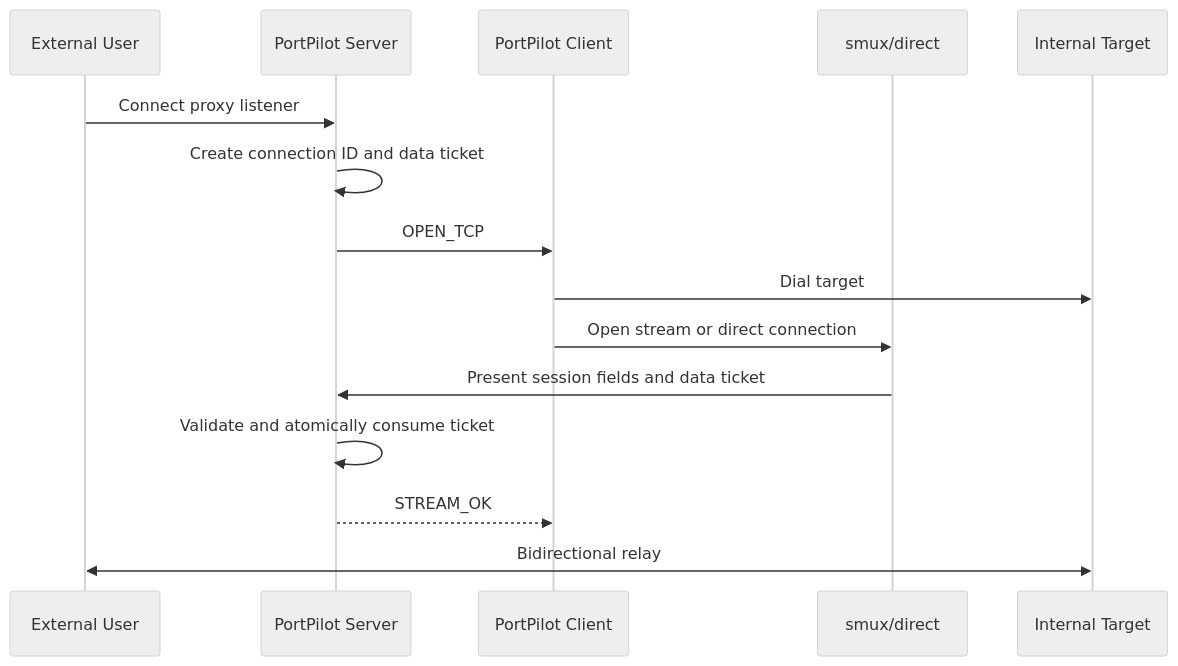
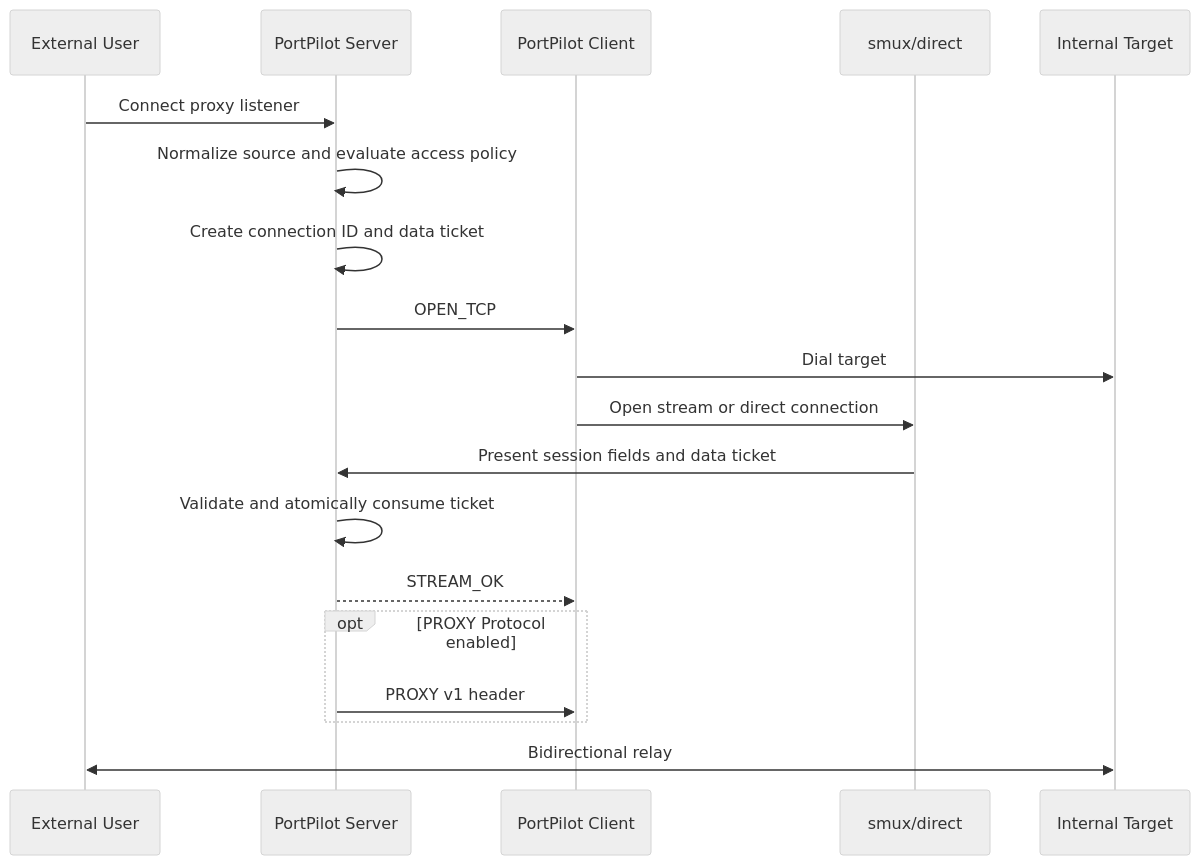
One commit to xxxsen/portpilot changed the second of 2 diagrams in docs/001-portpilot-design.md. Above: the diagram before and after it, drawn with Mermaid (neutral theme). The commit also changed other lines of this file and 73 other files, not shown here.

````diff
--- a/docs/001-portpilot-design.md
+++ b/docs/001-portpilot-design.md
@@ -393,18 +411,22 @@
 ```mermaid
 sequenceDiagram
     participant U as External User
     participant S as PortPilot Server
     participant C as PortPilot Client
     participant M as smux/direct
     participant T as Internal Target
 
     U->>S: Connect proxy listener
+    S->>S: Normalize source and evaluate access policy
     S->>S: Create connection ID and data ticket
     S->>C: OPEN_TCP
     C->>T: Dial target
     C->>M: Open stream or direct connection
     M->>S: Present session fields and data ticket
     S->>S: Validate and atomically consume ticket
     S-->>C: STREAM_OK
+    opt PROXY Protocol enabled
+        S->>C: PROXY v1 header
+    end
     U<<->>T: Bidirectional relay
 ```
````
